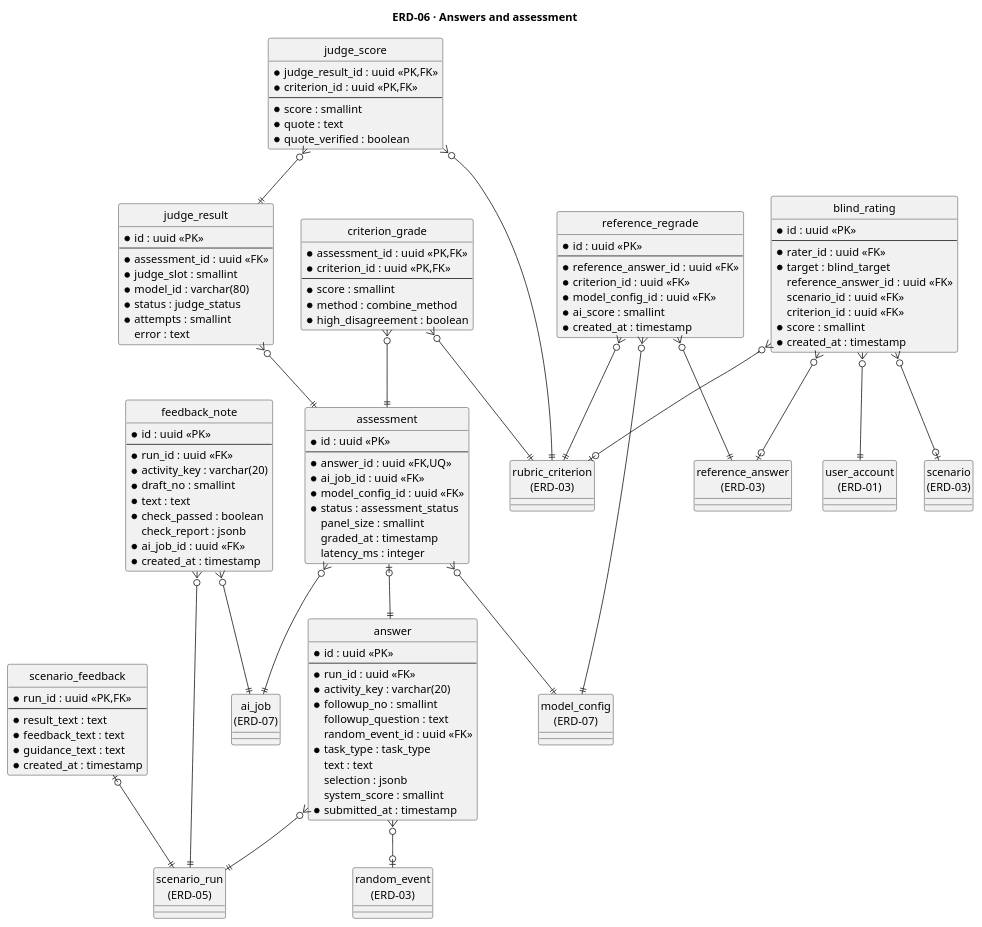
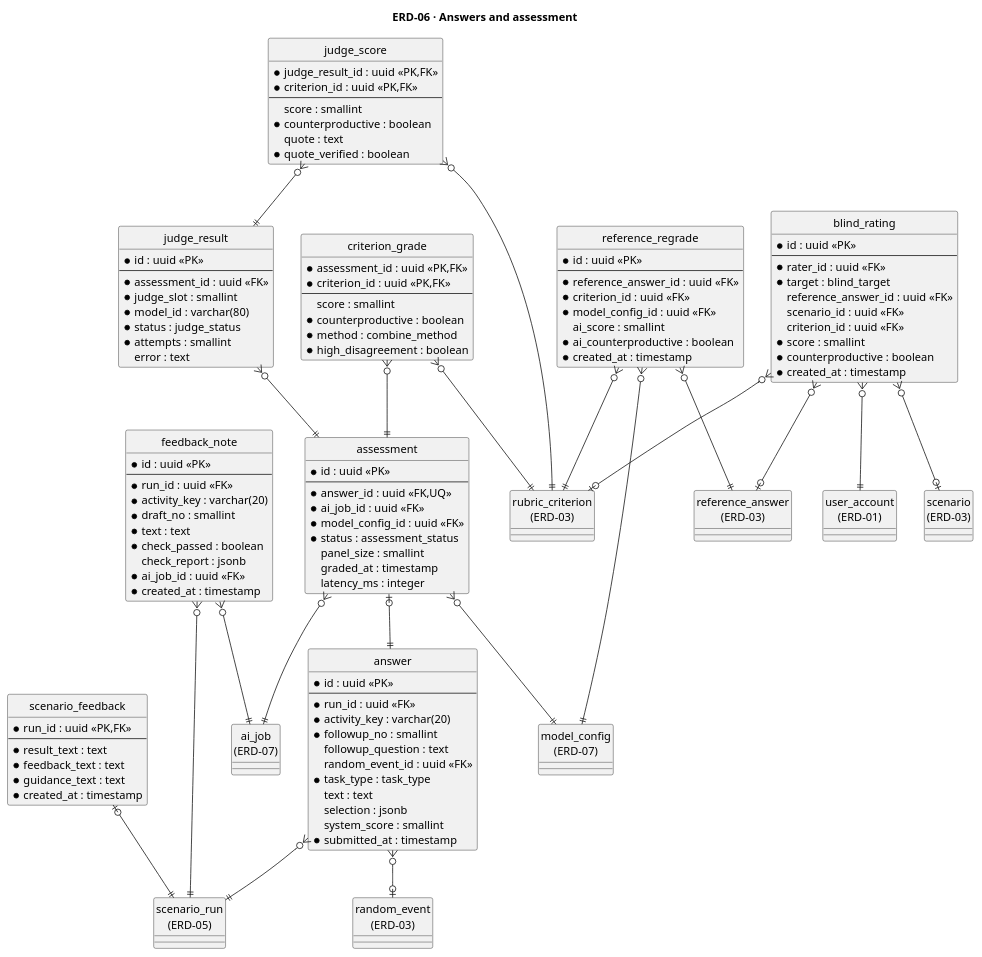
Before and after one commit to The-Golden-Trio/Capstone-Project: the diagram in reports/master/plantuml/erd/ERD-06_AnswersAndAssessment.puml, drawn with PlantUML. The commit also changed 4 other files, not shown here.

First line of the commit message:
docs(report): thêm hợp đồng API openapi.yaml và cập nhật ERD theo thang điểm 0/1/2

```diff
--- a/reports/master/plantuml/erd/ERD-06_AnswersAndAssessment.puml
+++ b/reports/master/plantuml/erd/ERD-06_AnswersAndAssessment.puml
@@ -1,134 +1,138 @@
 @startuml ERD-06_AnswersAndAssessment
 title ERD-06 · Answers and assessment
 hide circle
 
 entity "answer" as answer {
   * id : uuid <<PK>>
   --
   * run_id : uuid <<FK>>
   * activity_key : varchar(20)
   * followup_no : smallint
     followup_question : text
     random_event_id : uuid <<FK>>
   * task_type : task_type
     text : text
     selection : jsonb
     system_score : smallint
   * submitted_at : timestamp
 }
 
 entity "assessment" as assessment {
   * id : uuid <<PK>>
   --
   * answer_id : uuid <<FK,UQ>>
   * ai_job_id : uuid <<FK>>
   * model_config_id : uuid <<FK>>
   * status : assessment_status
     panel_size : smallint
     graded_at : timestamp
     latency_ms : integer
 }
 
 entity "judge_result" as judge_result {
   * id : uuid <<PK>>
   --
   * assessment_id : uuid <<FK>>
   * judge_slot : smallint
   * model_id : varchar(80)
   * status : judge_status
   * attempts : smallint
     error : text
 }
 
 entity "judge_score" as judge_score {
   * judge_result_id : uuid <<PK,FK>>
   * criterion_id : uuid <<PK,FK>>
   --
-  * score : smallint
-  * quote : text
+    score : smallint
+  * counterproductive : boolean
+    quote : text
   * quote_verified : boolean
 }
 
 entity "criterion_grade" as criterion_grade {
   * assessment_id : uuid <<PK,FK>>
   * criterion_id : uuid <<PK,FK>>
   --
-  * score : smallint
+    score : smallint
+  * counterproductive : boolean
   * method : combine_method
   * high_disagreement : boolean
 }
 
 entity "feedback_note" as feedback_note {
   * id : uuid <<PK>>
   --
   * run_id : uuid <<FK>>
   * activity_key : varchar(20)
   * draft_no : smallint
   * text : text
   * check_passed : boolean
     check_report : jsonb
   * ai_job_id : uuid <<FK>>
   * created_at : timestamp
 }
 
 entity "scenario_feedback" as scenario_feedback {
   * run_id : uuid <<PK,FK>>
   --
   * result_text : text
   * feedback_text : text
   * guidance_text : text
   * created_at : timestamp
 }
 
 entity "blind_rating" as blind_rating {
   * id : uuid <<PK>>
   --
   * rater_id : uuid <<FK>>
   * target : blind_target
     reference_answer_id : uuid <<FK>>
     scenario_id : uuid <<FK>>
     criterion_id : uuid <<FK>>
   * score : smallint
+  * counterproductive : boolean
   * created_at : timestamp
 }
 
 entity "reference_regrade" as reference_regrade {
   * id : uuid <<PK>>
   --
   * reference_answer_id : uuid <<FK>>
   * criterion_id : uuid <<FK>>
   * model_config_id : uuid <<FK>>
-  * ai_score : smallint
+    ai_score : smallint
+  * ai_counterproductive : boolean
   * created_at : timestamp
 }
 
 entity "ai_job\n(ERD-07)" as ai_job
 entity "model_config\n(ERD-07)" as model_config
 entity "random_event\n(ERD-03)" as random_event
 entity "reference_answer\n(ERD-03)" as reference_answer
 entity "rubric_criterion\n(ERD-03)" as rubric_criterion
 entity "scenario\n(ERD-03)" as scenario
 entity "scenario_run\n(ERD-05)" as scenario_run
 entity "user_account\n(ERD-01)" as user_account
 
 answer }o--|| scenario_run
 answer }o--o| random_event
 assessment |o--|| answer
 assessment }o--|| ai_job
 assessment }o--|| model_config
 judge_result }o--|| assessment
 judge_score }o--|| judge_result
 judge_score }o--|| rubric_criterion
 criterion_grade }o--|| assessment
 criterion_grade }o--|| rubric_criterion
 feedback_note }o--|| scenario_run
 feedback_note }o--|| ai_job
 scenario_feedback |o--|| scenario_run
 blind_rating }o--|| user_account
 blind_rating }o--o| reference_answer
 blind_rating }o--o| scenario
 blind_rating }o--o| rubric_criterion
 reference_regrade }o--|| reference_answer
 reference_regrade }o--|| rubric_criterion
 reference_regrade }o--|| model_config
 @enduml
```
